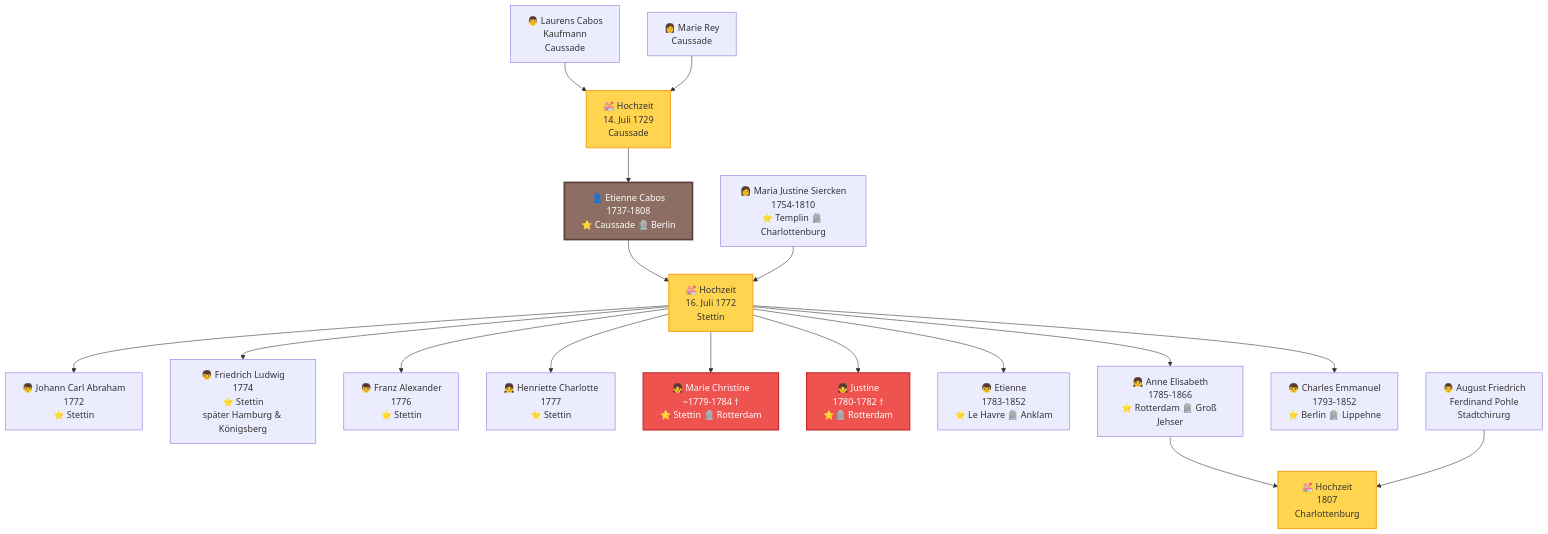
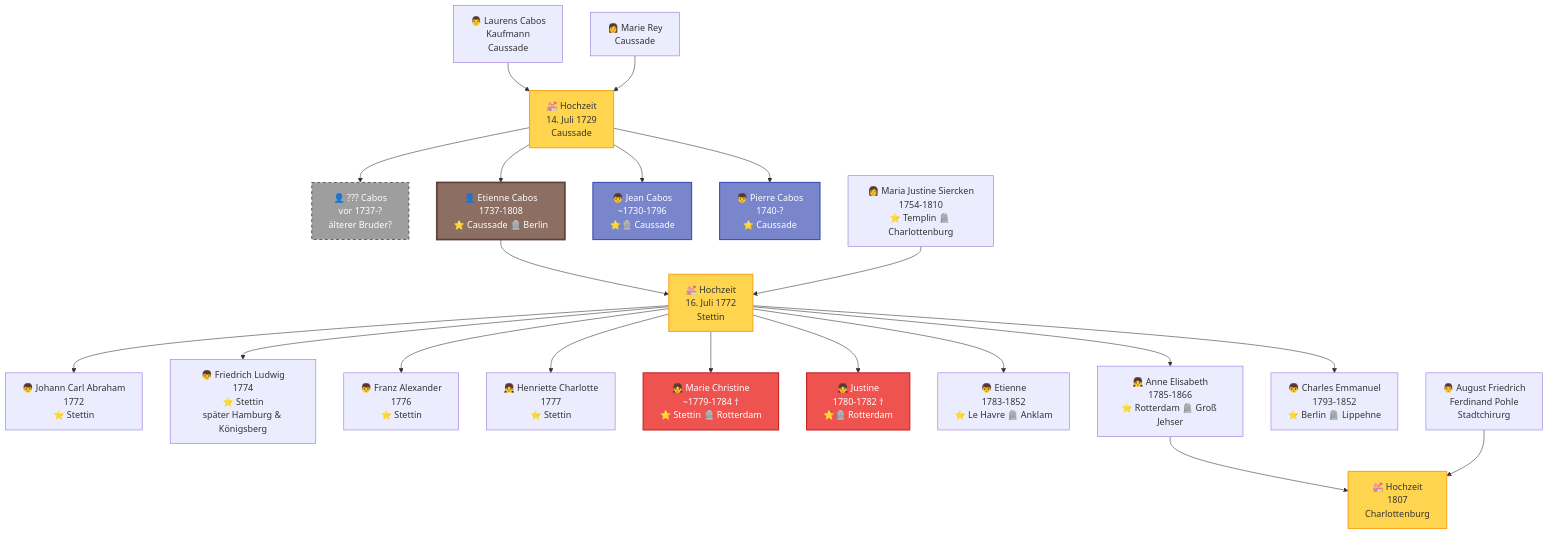
The first of 2 diagrams in docs/stammbaum.md (ccabos/Etienne), drawn with Mermaid before and after one commit. The commit also changed other lines of this file and 2 other files, not shown here.

````diff
--- a/docs/stammbaum.md
+++ b/docs/stammbaum.md
@@ -9,34 +9,42 @@
 ```mermaid
 graph TD
     A["👨 Laurens Cabos<br/>Kaufmann<br/>Caussade"] --> H1["💒 Hochzeit<br/>14. Juli 1729<br/>Caussade"]
     B["👩 Marie Rey<br/>Caussade"] --> H1
 
+    H1 --> S0["👤 ??? Cabos<br/>vor 1737-?<br/>älterer Bruder?"]
     H1 --> C["👤 Etienne Cabos<br/>1737-1808<br/>⭐ Caussade 🪦 Berlin"]
+    H1 --> S1["👦 Jean Cabos<br/>~1730-1796<br/>⭐🪦 Caussade"]
+    H1 --> S2["👦 Pierre Cabos<br/>1740-?<br/>⭐ Caussade"]
 
     C --> H2["💒 Hochzeit<br/>16. Juli 1772<br/>Stettin"]
     D["👩 Maria Justine Siercken<br/>1754-1810<br/>⭐ Templin 🪦 Charlottenburg"] --> H2
 
     H2 --> E1["👦 Johann Carl Abraham<br/>1772<br/>⭐ Stettin"]
     H2 --> E2["👦 Friedrich Ludwig<br/>1774<br/>⭐ Stettin<br/>später Hamburg & Königsberg"]
     H2 --> E3["👦 Franz Alexander<br/>1776<br/>⭐ Stettin"]
     H2 --> E4["👧 Henriette Charlotte<br/>1777<br/>⭐ Stettin"]
     H2 --> E5["👧 Marie Christine<br/>~1779-1784 †<br/>⭐ Stettin 🪦 Rotterdam"]
     H2 --> E6["👧 Justine<br/>1780-1782 †<br/>⭐🪦 Rotterdam"]
     H2 --> E7["👦 Etienne<br/>1783-1852<br/>⭐ Le Havre 🪦 Anklam"]
     H2 --> E8["👧 Anne Elisabeth<br/>1785-1866<br/>⭐ Rotterdam 🪦 Groß Jehser"]
     H2 --> E9["👦 Charles Emmanuel<br/>1793-1852<br/>⭐ Berlin 🪦 Lippehne"]
 
     E8 --> H3["💒 Hochzeit<br/>1807<br/>Charlottenburg"]
     F["👨 August Friedrich<br/>Ferdinand Pohle<br/>Stadtchirurg"] --> H3
 
     style C fill:#8d6e63,stroke:#5d4037,stroke-width:3px,color:#fff
+    style S0 fill:#9e9e9e,stroke:#616161,stroke-width:2px,stroke-dasharray:5,color:#fff
+    style S1 fill:#7986cb,stroke:#3f51b5,stroke-width:2px,color:#fff
+    style S2 fill:#7986cb,stroke:#3f51b5,stroke-width:2px,color:#fff
     style E5 fill:#ef5350,stroke:#c62828,stroke-width:2px,color:#fff
     style E6 fill:#ef5350,stroke:#c62828,stroke-width:2px,color:#fff
     style H1 fill:#ffd54f,stroke:#f9a825,stroke-width:2px
     style H2 fill:#ffd54f,stroke:#f9a825,stroke-width:2px
     style H3 fill:#ffd54f,stroke:#f9a825,stroke-width:2px
 
     classDef mainPerson fill:#8d6e63,stroke:#5d4037,stroke-width:3px,color:#fff
+    classDef sibling fill:#7986cb,stroke:#3f51b5,stroke-width:2px,color:#fff
+    classDef unknown fill:#9e9e9e,stroke:#616161,stroke-width:2px,stroke-dasharray:5,color:#fff
     classDef deceased fill:#ef5350,stroke:#c62828,stroke-width:2px,color:#fff
     classDef marriage fill:#ffd54f,stroke:#f9a825,stroke-width:2px
 ```
````
